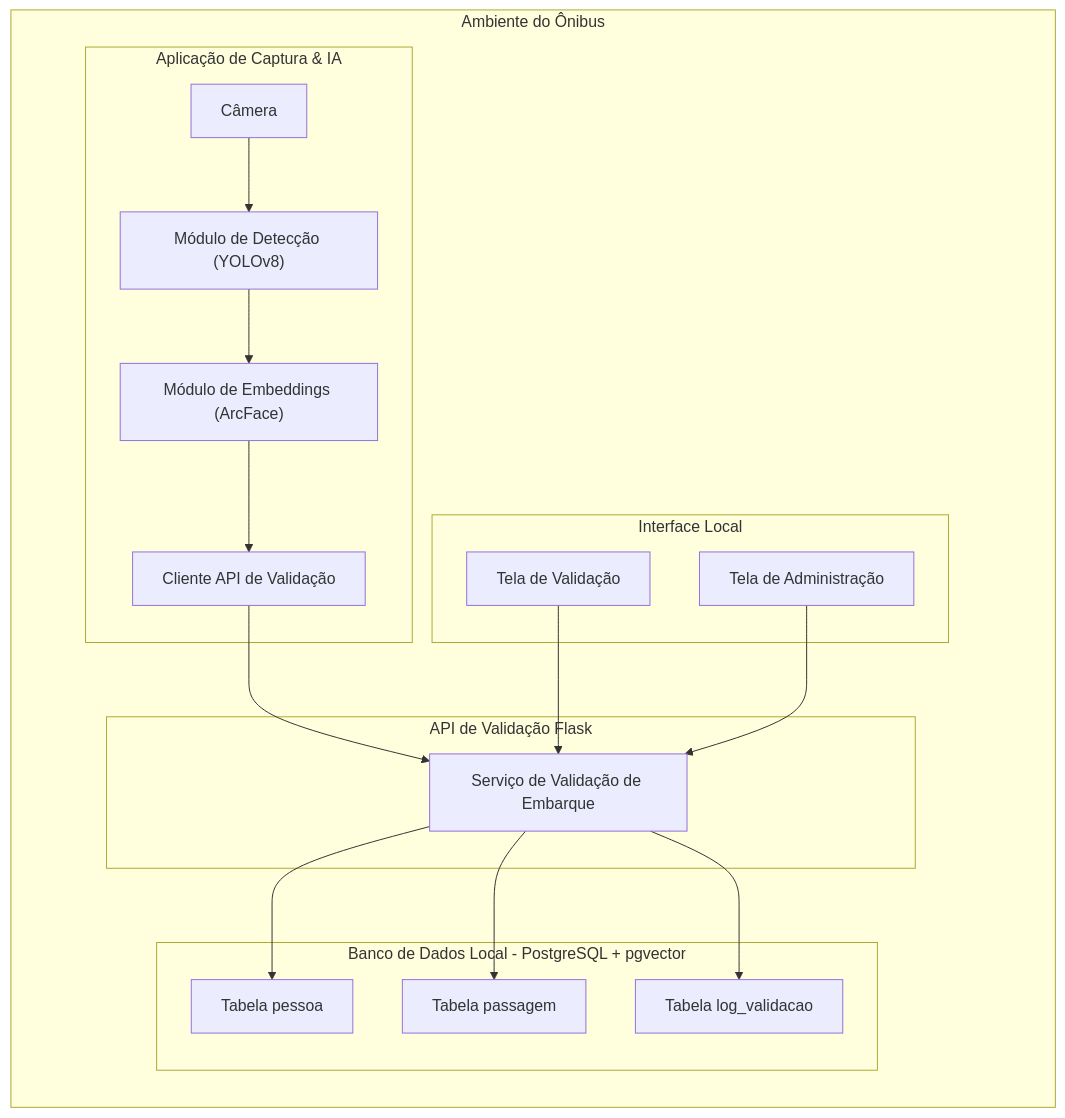
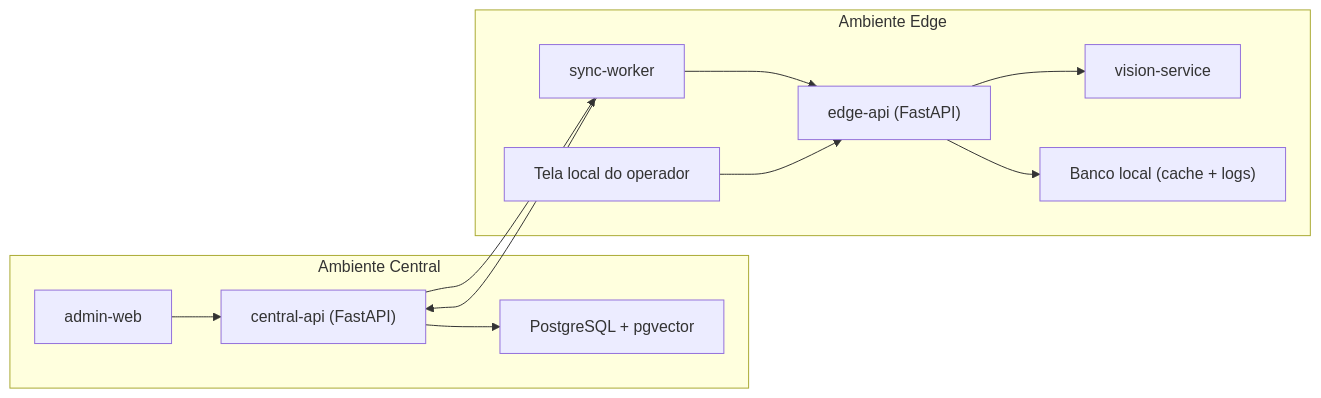
The fifth of 7 diagrams in README.md (vitormz6/Sistema-De-Validacao-De-Embarque-Por-Reconhecimento-Facial), drawn with Mermaid before and after one commit. The commit also changed other lines of this file and 302 other files, not shown here.

First line of the commit message:
Add .gitignore and set up admin web application structure

````diff
--- a/README.md
+++ b/README.md
@@ -605,38 +594,25 @@
 ```mermaid
 flowchart LR
-    subgraph Onibus [Ambiente do Ônibus]
-        subgraph CapturaIA [Aplicação de Captura & IA]
-            cam["Câmera"]
-            detector["Módulo de Detecção (YOLOv8)"]
-            arcface["Módulo de Embeddings (ArcFace)"]
-            clientAPI["Cliente API de Validação"]
-        end
-
-        subgraph API [API de Validação Flask]
-            svcValidacao["Serviço de Validação de Embarque"]
-        end
-
-        subgraph DB [Banco de Dados Local - PostgreSQL + pgvector]
-            tbPessoa["Tabela pessoa"]
-            tbPassagem["Tabela passagem"]
-            tbLog["Tabela log_validacao"]
-        end
-
-        subgraph UI [Interface Local]
-            telaValidacao["Tela de Validação"]
-            telaAdmin["Tela de Administração"]
-        end
+    subgraph Cloud [Ambiente Central]
+        admin["admin-web"]
+        central["central-api (FastAPI)"]
+        dbCentral["PostgreSQL + pgvector"]
     end
 
-    cam --> detector
-    detector --> arcface
-    arcface --> clientAPI
+    subgraph Onibus [Ambiente Edge]
+        edge["edge-api (FastAPI)"]
+        vision["vision-service"]
+        dbLocal["Banco local (cache + logs)"]
+        sync["sync-worker"]
+        ui["Tela local do operador"]
+    end
 
-    clientAPI --> svcValidacao
-    svcValidacao --> tbPessoa
-    svcValidacao --> tbPassagem
-    svcValidacao --> tbLog
-
-    telaValidacao --> svcValidacao
-    telaAdmin --> svcValidacao
+    admin --> central
+    central --> dbCentral
+    central --> sync
+    sync --> edge
+    edge --> vision
+    edge --> dbLocal
+    ui --> edge
+    sync --> central
 ```
````
